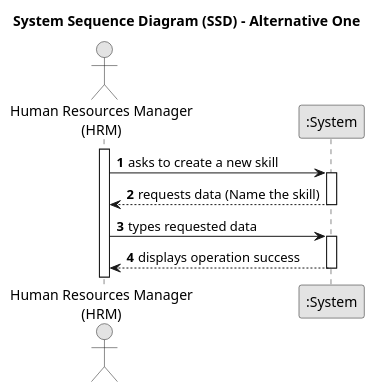
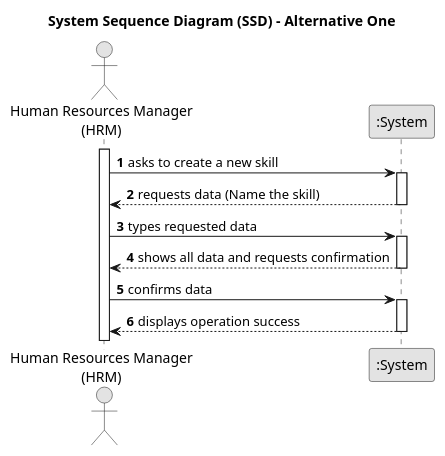
One commit to Mendoncaa/LAPR2 changed the diagram in docs/sprintA/us001/01.requirements-engineering/puml/us001-system-sequence-diagram-alternative-one.puml. Above: the diagram before and after it, drawn with PlantUML.

Commit message:
Update SSD -> US001

```diff
--- a/docs/sprintA/us001/01.requirements-engineering/puml/us001-system-sequence-diagram-alternative-one.puml
+++ b/docs/sprintA/us001/01.requirements-engineering/puml/us001-system-sequence-diagram-alternative-one.puml
@@ -1,27 +1,33 @@
 @startuml
 skinparam monochrome true
 skinparam packageStyle rectangle
 skinparam shadowing false
 
 title System Sequence Diagram (SSD) - Alternative One
 
 autonumber
 
 actor "Human Resources Manager\n(HRM)" as Employee
 participant ":System" as System
 
 activate Employee
 
     Employee -> System : asks to create a new skill
     activate System
 
         System --> Employee : requests data (Name the skill)
     deactivate System
 
     Employee -> System : types requested data
     activate System
 
+    System --> Employee : shows all data and requests confirmation
+        deactivate System
+
+        Employee -> System : confirms data
+        activate System
+
         System --> Employee : displays operation success
     deactivate System
 
 @enduml
```
